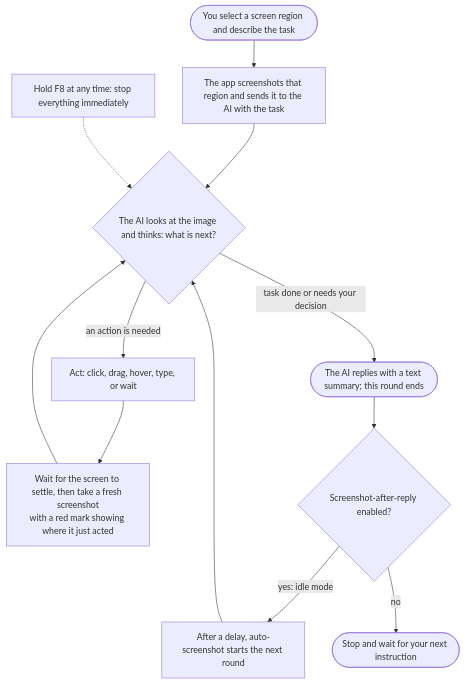
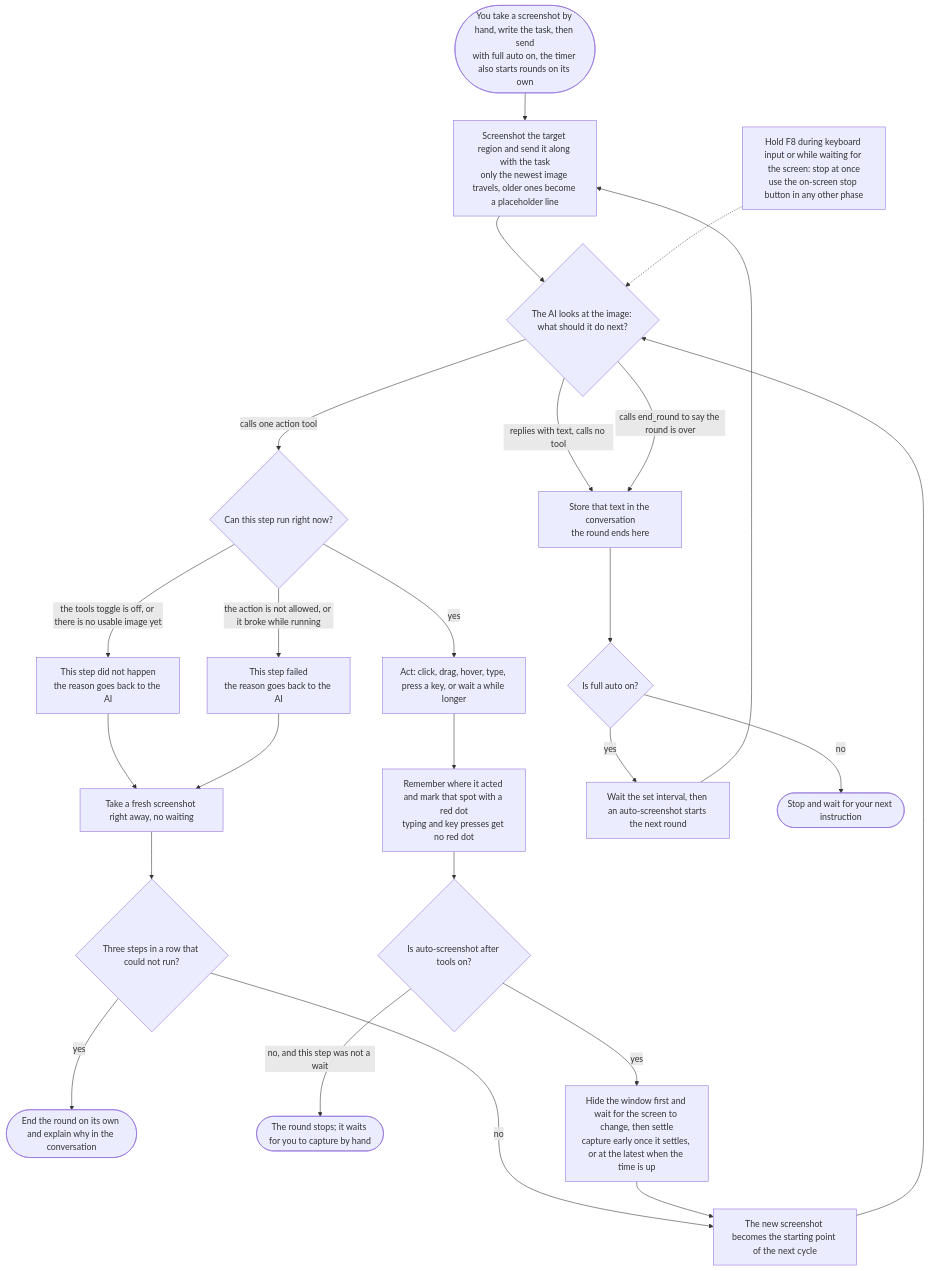
One commit to s11IM/VLM_Screenshot_Action changed the diagram in README.en.md. Above: the diagram before and after it, drawn with Mermaid. The commit also changed other lines of this file and 28 other files, not shown here.

First line of the commit message:
Release 1.0.0: first usable version

````diff
--- a/README.en.md
+++ b/README.en.md
@@ -61,14 +61,26 @@
 ```mermaid
 flowchart TD
-    A([You select a screen region and describe the task]) --> B[The app screenshots that region and sends it to the AI with the task]
-    B --> C{The AI looks at the image and thinks: what is next?}
-    C -- an action is needed --> D[Act: click, drag, hover, type, or wait]
-    D --> E[Wait for the screen to settle, then take a fresh screenshot<br/>with a red mark showing where it just acted]
-    E --> C
-    C -- task done or needs your decision --> F([The AI replies with a text summary; this round ends])
-    F --> G{Screenshot-after-reply enabled?}
-    G -- yes: idle mode --> H[After a delay, auto-screenshot starts the next round]
-    H --> C
-    G -- no --> I([Stop and wait for your next instruction])
-    J[Hold F8 at any time: stop everything immediately] -.-> C
+    A([You take a screenshot by hand, write the task, then send<br/>with full auto on, the timer also starts rounds on its own]) --> B[Screenshot the target region and send it along with the task<br/>only the newest image travels, older ones become a placeholder line]
+    B --> C{The AI looks at the image: what should it do next?}
+    C -- replies with text, calls no tool --> R[Store that text in the conversation<br/>the round ends here]
+    C -- calls end_round to say the round is over --> R
+    C -- calls one action tool --> D{Can this step run right now?}
+    D -- the tools toggle is off, or there is no usable image yet --> D2[This step did not happen<br/>the reason goes back to the AI]
+    D -- the action is not allowed, or it broke while running --> D3[This step failed<br/>the reason goes back to the AI]
+    D2 --> I2[Take a fresh screenshot right away, no waiting]
+    D3 --> I2
+    I2 --> I3{Three steps in a row that could not run?}
+    I3 -- yes --> I4([End the round on its own and explain why in the conversation])
+    I3 -- no --> J
+    D -- yes --> E[Act: click, drag, hover, type, press a key, or wait a while longer]
+    E --> E2[Remember where it acted and mark that spot with a red dot<br/>typing and key presses get no red dot]
+    E2 --> H{Is auto-screenshot after tools on?}
+    H -- no, and this step was not a wait --> H2([The round stops; it waits for you to capture by hand])
+    H -- yes --> I[Hide the window first and wait for the screen to change, then settle<br/>capture early once it settles, or at the latest when the time is up]
+    I --> J[The new screenshot becomes the starting point of the next cycle]
+    J --> C
+    R --> K{Is full auto on?}
+    K -- yes --> L[Wait the set interval, then an auto-screenshot starts the next round] --> B
+    K -- no --> M([Stop and wait for your next instruction])
+    N[Hold F8 during keyboard input or while waiting for the screen: stop at once<br/>use the on-screen stop button in any other phase] -.-> C
 ```
````
